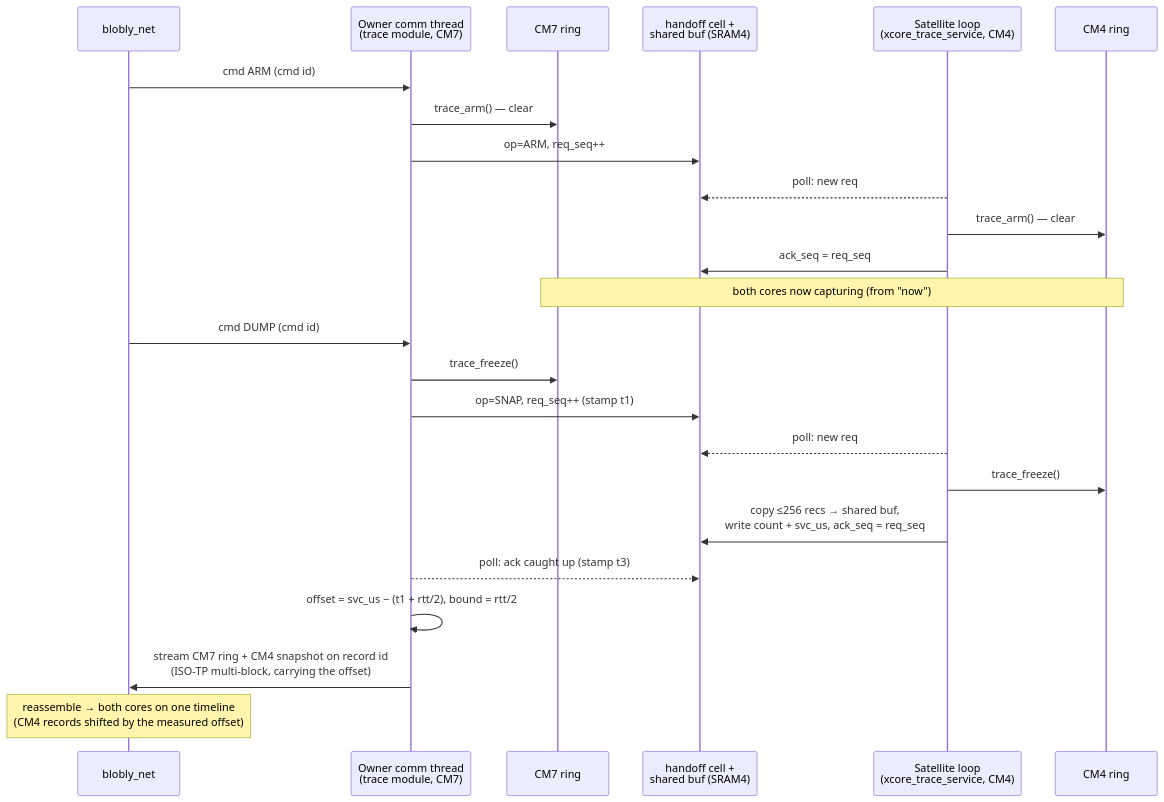
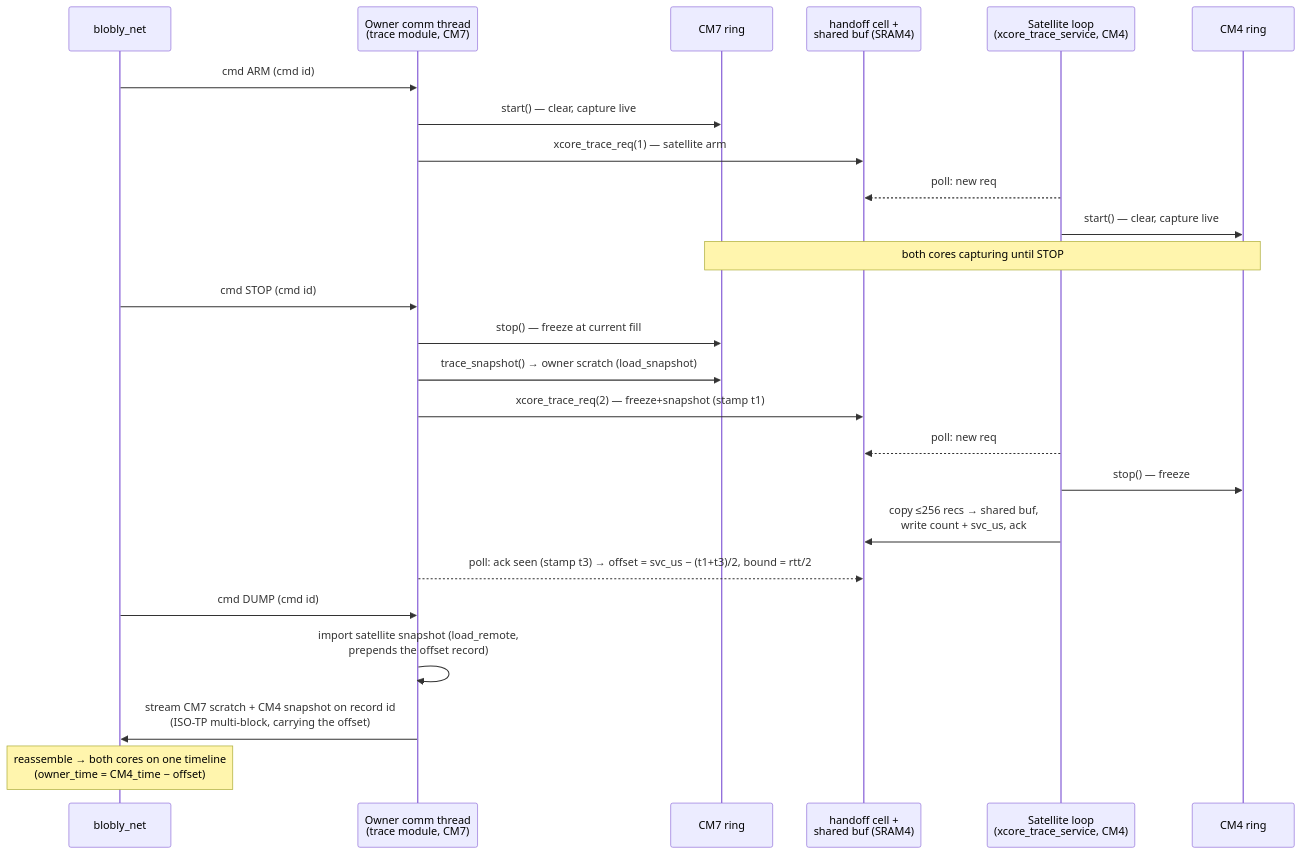
Before and after one commit to MartenH/blobly_emb: the diagram in docs/onboard_trace.md, drawn with Mermaid. The commit also changed other lines of this file, not shown here.

First line of the commit message:
docs(trace): correct onboard_trace.md per codex review

````diff
--- a/docs/onboard_trace.md
+++ b/docs/onboard_trace.md
@@ -51,28 +66,30 @@
 ```mermaid
 sequenceDiagram
     participant Host as blobly_net
     participant Comm as Owner comm thread<br/>(trace module, CM7)
     participant OwnRing as CM7 ring
     participant Cell as handoff cell +<br/>shared buf (SRAM4)
     participant Sat as Satellite loop<br/>(xcore_trace_service, CM4)
     participant SatRing as CM4 ring
 
     Host->>Comm: cmd ARM (cmd id)
-    Comm->>OwnRing: trace_arm() — clear
-    Comm->>Cell: op=ARM, req_seq++
+    Comm->>OwnRing: start() — clear, capture live
+    Comm->>Cell: xcore_trace_req(1) — satellite arm
     Sat-->>Cell: poll: new req
-    Sat->>SatRing: trace_arm() — clear
-    Sat->>Cell: ack_seq = req_seq
-    Note over OwnRing,SatRing: both cores now capturing (from "now")
+    Sat->>SatRing: start() — clear, capture live
+    Note over OwnRing,SatRing: both cores capturing until STOP
+
+    Host->>Comm: cmd STOP (cmd id)
+    Comm->>OwnRing: stop() — freeze at current fill
+    Comm->>OwnRing: trace_snapshot() → owner scratch (load_snapshot)
+    Comm->>Cell: xcore_trace_req(2) — freeze+snapshot  (stamp t1)
+    Sat-->>Cell: poll: new req
+    Sat->>SatRing: stop() — freeze
+    Sat->>Cell: copy ≤256 recs → shared buf,<br/>write count + svc_us, ack
+    Comm-->>Cell: poll: ack seen (stamp t3) → offset = svc_us − (t1+t3)/2, bound = rtt/2
 
     Host->>Comm: cmd DUMP (cmd id)
-    Comm->>OwnRing: trace_freeze()
-    Comm->>Cell: op=SNAP, req_seq++  (stamp t1)
-    Sat-->>Cell: poll: new req
-    Sat->>SatRing: trace_freeze()
-    Sat->>Cell: copy ≤256 recs → shared buf,<br/>write count + svc_us, ack_seq = req_seq
-    Comm-->>Cell: poll: ack caught up  (stamp t3)
-    Comm->>Comm: offset = svc_us − (t1 + rtt/2), bound = rtt/2
-    Comm->>Host: stream CM7 ring + CM4 snapshot on record id<br/>(ISO-TP multi-block, carrying the offset)
-    Note over Host: reassemble → both cores on one timeline<br/>(CM4 records shifted by the measured offset)
+    Comm->>Comm: import satellite snapshot (load_remote,<br/>prepends the offset record)
+    Comm->>Host: stream CM7 scratch + CM4 snapshot on record id<br/>(ISO-TP multi-block, carrying the offset)
+    Note over Host: reassemble → both cores on one timeline<br/>(owner_time = CM4_time − offset)
 ```
````
